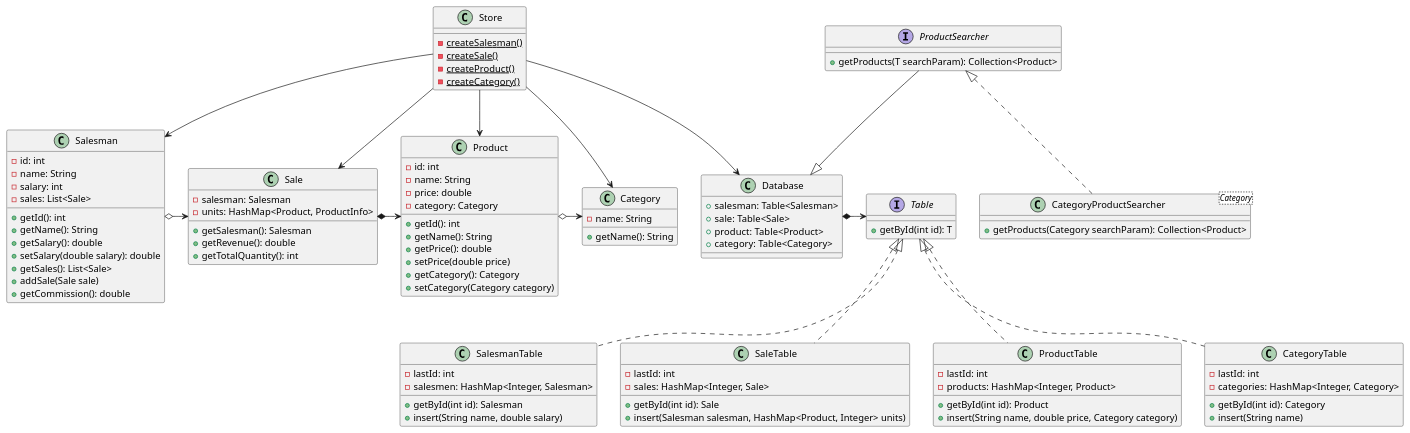
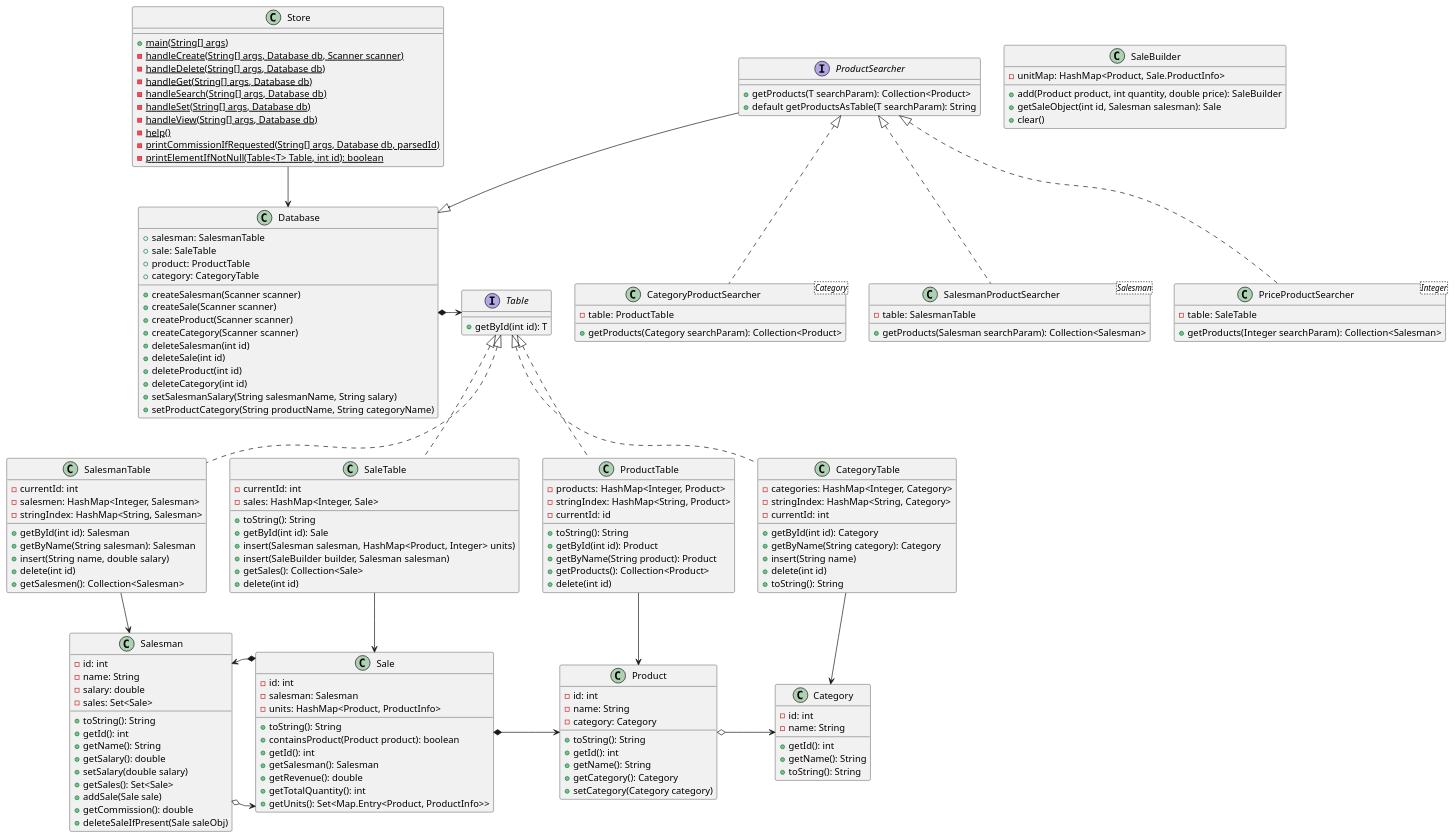
One commit to TomRolB/sales changed the diagram in diagrams/Class.puml. Above: the diagram before and after it, drawn with PlantUML. The commit also changed 1 other file, not shown here.

Commit message:
Updated class diagram

```diff
--- a/diagrams/Class.puml
+++ b/diagrams/Class.puml
@@ -1,111 +1,180 @@
 @startuml
 'https://plantuml.com/class-diagram
 
 class Database {
-    + salesman: Table<Salesman>
-    + sale: Table<Sale>
-    + product: Table<Product>
-    + category: Table<Category>
+    + salesman: SalesmanTable
+    + sale: SaleTable
+    + product: ProductTable
+    + category: CategoryTable
+    + createSalesman(Scanner scanner)
+    + createSale(Scanner scanner)
+    + createProduct(Scanner scanner)
+    + createCategory(Scanner scanner)
+    + deleteSalesman(int id)
+    + deleteSale(int id)
+    + deleteProduct(int id)
+    + deleteCategory(int id)
+    + setSalesmanSalary(String salesmanName, String salary)
+    + setProductCategory(String productName, String categoryName)
 }
 
 interface Table {
     + getById(int id): T
 }
 
 class SalesmanTable implements Table {
-    - lastId: int
+    - currentId: int
     - salesmen: HashMap<Integer, Salesman>
+    - stringIndex: HashMap<String, Salesman>
     + getById(int id): Salesman
+    + getByName(String salesman): Salesman
     + insert(String name, double salary)
+    + delete(int id)
+    + getSalesmen(): Collection<Salesman>
 }
 
 class SaleTable implements Table {
-    - lastId: int
+    - currentId: int
     - sales: HashMap<Integer, Sale>
+    + toString(): String
     + getById(int id): Sale
     + insert(Salesman salesman, HashMap<Product, Integer> units)
+    + insert(SaleBuilder builder, Salesman salesman)
+    + getSales(): Collection<Sale>
+    + delete(int id)
+}
+
+class SaleBuilder {
+    - unitMap: HashMap<Product, Sale.ProductInfo>
+    + add(Product product, int quantity, double price): SaleBuilder
+    + getSaleObject(int id, Salesman salesman): Sale
+    + clear()
 }
 
 class ProductTable implements Table {
-    - lastId: int
     - products: HashMap<Integer, Product>
+    - stringIndex: HashMap<String, Product>
+    - currentId: id
+    + toString(): String
     + getById(int id): Product
-    + insert(String name, double price, Category category)
+    + getByName(String product): Product
+    + getProducts(): Collection<Product>
+    + delete(int id)
 }
 
 class CategoryTable implements Table {
-    - lastId: int
     - categories: HashMap<Integer, Category>
+    - stringIndex: HashMap<String, Category>
+    - currentId: int
+
+
     + getById(int id): Category
+    + getByName(String category): Category
     + insert(String name)
+    + delete(int id)
+    + toString(): String
+
 }
 
 class Store {
-    - {static} createSalesman()
-    - {static} createSale()
-    - {static} createProduct()
-    - {static} createCategory()
+'    - {static} createSalesman()
+'    - {static} createSale()
+'    - {static} createProduct()
+'    - {static} createCategory()
+    + {static} main(String[] args)
+    - {static} handleCreate(String[] args, Database db, Scanner scanner)
+    - {static} handleDelete(String[] args, Database db)
+    - {static} handleGet(String[] args, Database db)
+    - {static} handleSearch(String[] args, Database db)
+    - {static} handleSet(String[] args, Database db)
+    - {static} handleView(String[] args, Database db)
+    - {static} help()
+    - {static} printCommissionIfRequested(String[] args, Database db, parsedId)
+    - {static} printElementIfNotNull(Table<T> Table, int id): boolean
 }
 
 class Salesman {
     - id: int
     - name: String
-    - salary: int
-    - sales: List<Sale>
+    - salary: double
+    - sales: Set<Sale>
+    + toString(): String
     + getId(): int
     + getName(): String
     + getSalary(): double
-    + setSalary(double salary): double
-    + getSales(): List<Sale>
+    + setSalary(double salary)
+    + getSales(): Set<Sale>
     + addSale(Sale sale)
     + getCommission(): double
+    + deleteSaleIfPresent(Sale saleObj)
 }
 
 class Sale {
+    - id: int
     - salesman: Salesman
     - units: HashMap<Product, ProductInfo>
+    + toString(): String
+    + containsProduct(Product product): boolean
+    + getId(): int
     + getSalesman(): Salesman
     + getRevenue(): double
     + getTotalQuantity(): int
+    + getUnits(): Set<Map.Entry<Product, ProductInfo>>
 }
 
 class Product {
     - id: int
     - name: String
-    - price: double
     - category: Category
+    + toString(): String
     + getId(): int
     + getName(): String
-    + getPrice(): double
-    + setPrice(double price)
     + getCategory(): Category
     + setCategory(Category category)
 }
 
 class Category {
+    - id: int
     - name: String
+    + getId(): int
     + getName(): String
+    + toString(): String
+
 }
 
 interface ProductSearcher {
     + getProducts(T searchParam): Collection<Product>
+    + default getProductsAsTable(T searchParam): String
 }
 
 class CategoryProductSearcher<Category> implements ProductSearcher {
+    - table: ProductTable
     + getProducts(Category searchParam): Collection<Product>
 }
 
-Store --> Salesman
-Store --> Sale
-Store --> Product
-Store --> Category
+class SalesmanProductSearcher<Salesman> implements ProductSearcher {
+    - table: SalesmanTable
+    + getProducts(Salesman searchParam): Collection<Salesman>
+}
+
+class PriceProductSearcher<Integer> implements ProductSearcher {
+    - table: SaleTable
+    + getProducts(Integer searchParam): Collection<Salesman>
+}
+
+
 Store --> Database
 
 Database *-> Table
+SalesmanTable --> Salesman
+SaleTable --> Sale
+ProductTable --> Product
+CategoryTable --> Category
 
 Salesman o-> Sale
+Salesman <-* Sale
 Sale *-> Product
 Product o-> Category
 ProductSearcher --|> Database
 
 @enduml
```
